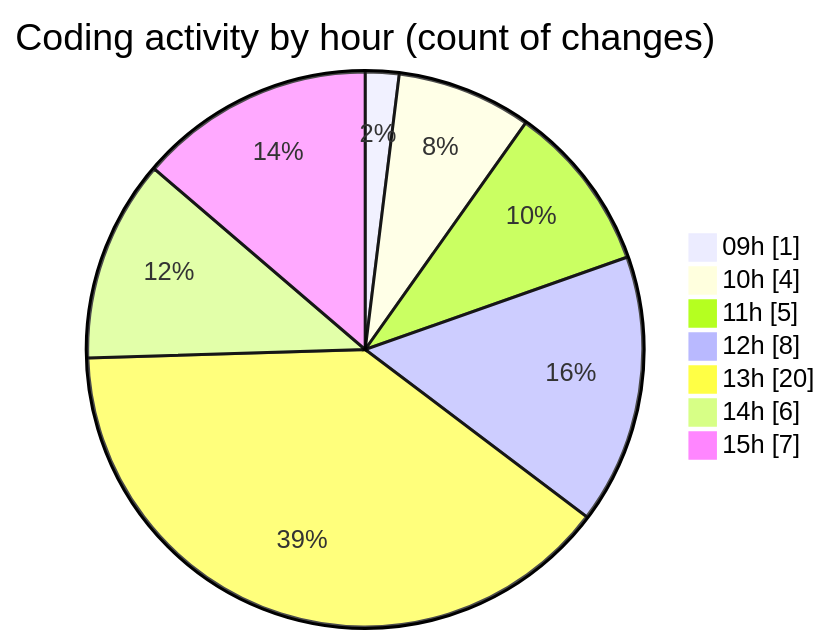
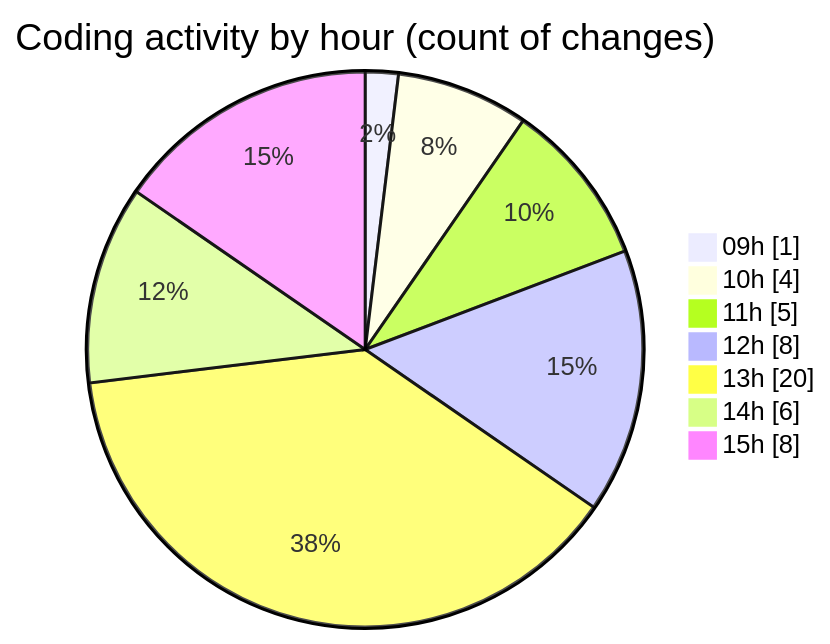
Before and after one commit to momahboobian/code-tracking: the second of 2 diagrams in 2025-02-24/cda/README.md, drawn with Mermaid. The commit also changed other lines of this file and 1 other file, not shown here.

````diff
--- a/2025-02-24/cda/README.md
+++ b/2025-02-24/cda/README.md
@@ -42,11 +43,11 @@
 ```mermaid
 pie showData
 title Coding activity by hour (count of changes)
 "09h" : 1
 "10h" : 4
 "11h" : 5
 "12h" : 8
 "13h" : 20
 "14h" : 6
-"15h" : 7
+"15h" : 8
 ```
````
